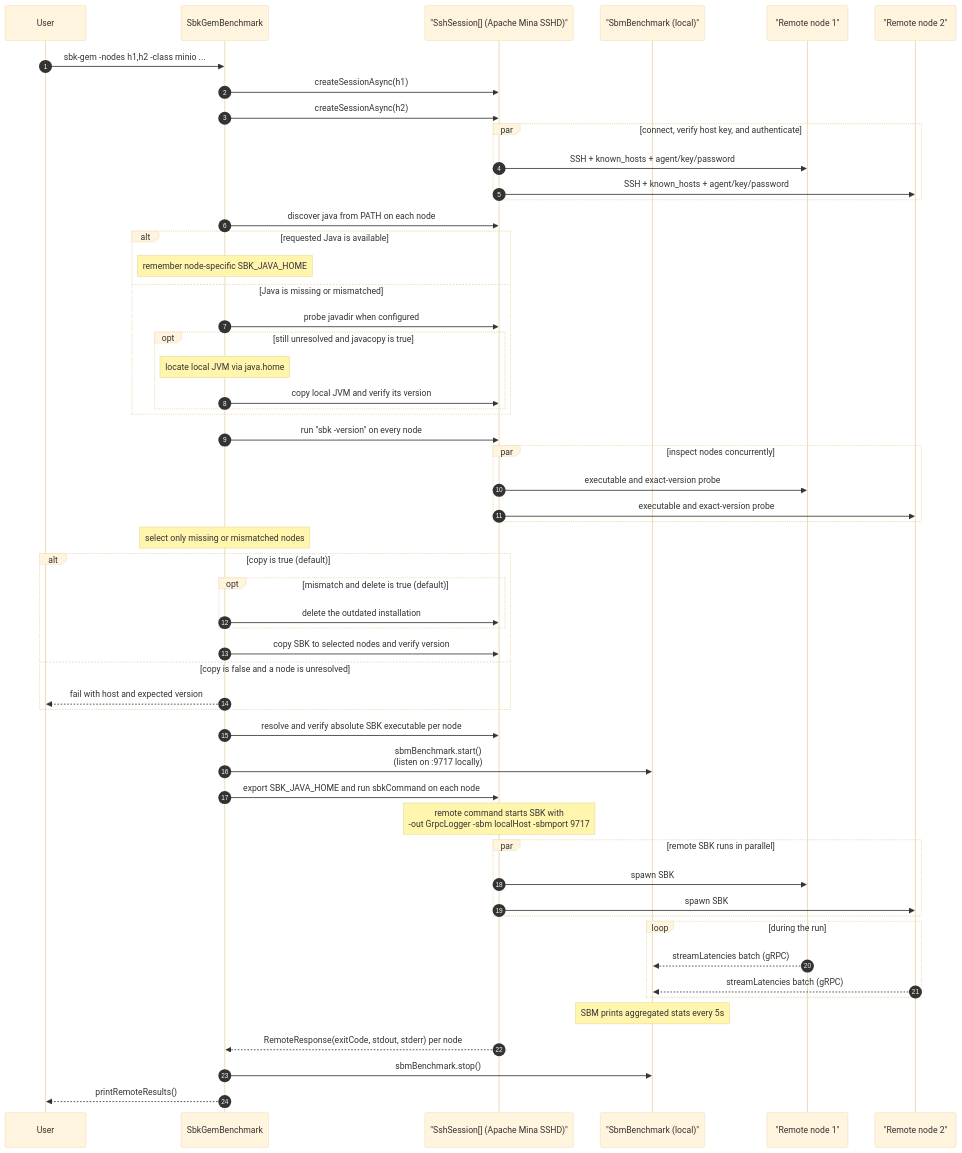
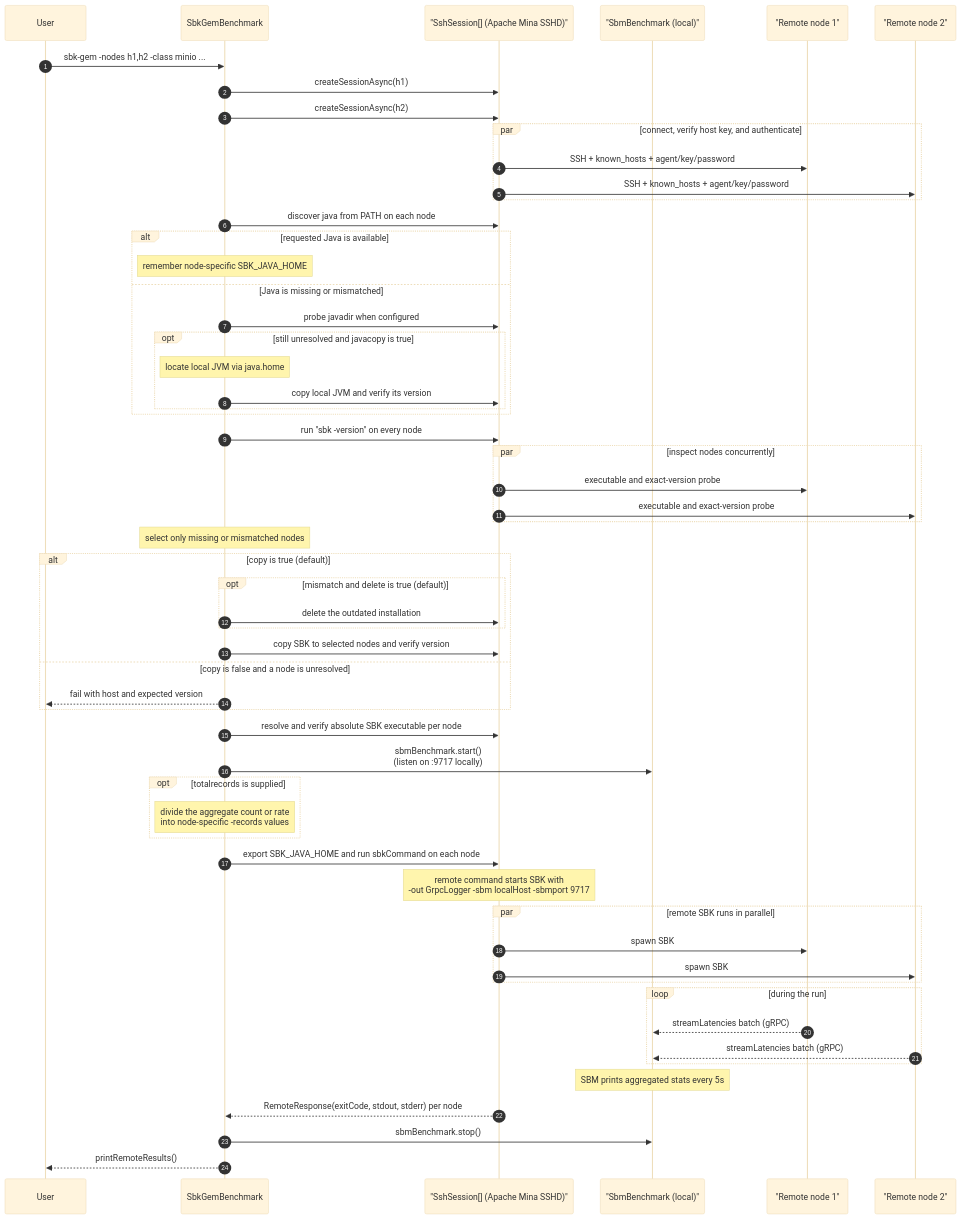
Diagram 27 of 43 in docs/sbk-internals.md (kmgowda/SBK), drawn with Mermaid (base theme) before and after one commit. The commit also changed other lines of this file and 9 other files, not shown here.

Commit message:
Add aggregate record control to SBK-GEM

````diff
--- a/docs/sbk-internals.md
+++ b/docs/sbk-internals.md
@@ -1901,67 +1901,70 @@
 ```mermaid
 sequenceDiagram
     autonumber
     participant User
     participant GEM as SbkGemBenchmark
     participant SSH as "SshSession[] (Apache Mina SSHD)"
     participant SBM as "SbmBenchmark (local)"
     participant N1 as "Remote node 1"
     participant N2 as "Remote node 2"
 
     User->>GEM: sbk-gem -nodes h1,h2 -class minio ...
     GEM->>SSH: createSessionAsync(h1)
     GEM->>SSH: createSessionAsync(h2)
     par connect, verify host key, and authenticate
         SSH->>N1: SSH + known_hosts + agent/key/password
         SSH->>N2: SSH + known_hosts + agent/key/password
     end
 
     GEM->>SSH: discover java from PATH on each node
     alt requested Java is available
         Note over GEM: remember node-specific SBK_JAVA_HOME
     else Java is missing or mismatched
         GEM->>SSH: probe javadir when configured
         opt still unresolved and javacopy is true
             Note over GEM: locate local JVM via java.home
             GEM->>SSH: copy local JVM and verify its version
         end
     end
 
     GEM->>SSH: run "sbk -version" on every node
     par inspect nodes concurrently
         SSH->>N1: executable and exact-version probe
         SSH->>N2: executable and exact-version probe
     end
     Note over GEM: select only missing or mismatched nodes
     alt copy is true (default)
         opt mismatch and delete is true (default)
             GEM->>SSH: delete the outdated installation
         end
         GEM->>SSH: copy SBK to selected nodes and verify version
     else copy is false and a node is unresolved
         GEM-->>User: fail with host and expected version
     end
 
     GEM->>SSH: resolve and verify absolute SBK executable per node
 
     GEM->>SBM: sbmBenchmark.start()<br/>(listen on :9717 locally)
 
+    opt totalrecords is supplied
+        Note over GEM: divide the aggregate count or rate<br/>into node-specific -records values
+    end
     GEM->>SSH: export SBK_JAVA_HOME and run sbkCommand on each node
     Note over SSH: remote command starts SBK with<br/>-out GrpcLogger -sbm localHost -sbmport 9717
 
     par remote SBK runs in parallel
         SSH->>N1: spawn SBK
         SSH->>N2: spawn SBK
     end
 
     loop during the run
         N1-->>SBM: streamLatencies batch (gRPC)
         N2-->>SBM: streamLatencies batch (gRPC)
     end
 
     Note over SBM: SBM prints aggregated stats every 5s
 
     SSH-->>GEM: RemoteResponse(exitCode, stdout, stderr) per node
     GEM->>SBM: sbmBenchmark.stop()
 GEM-->>User: printRemoteResults()
 ```
````
